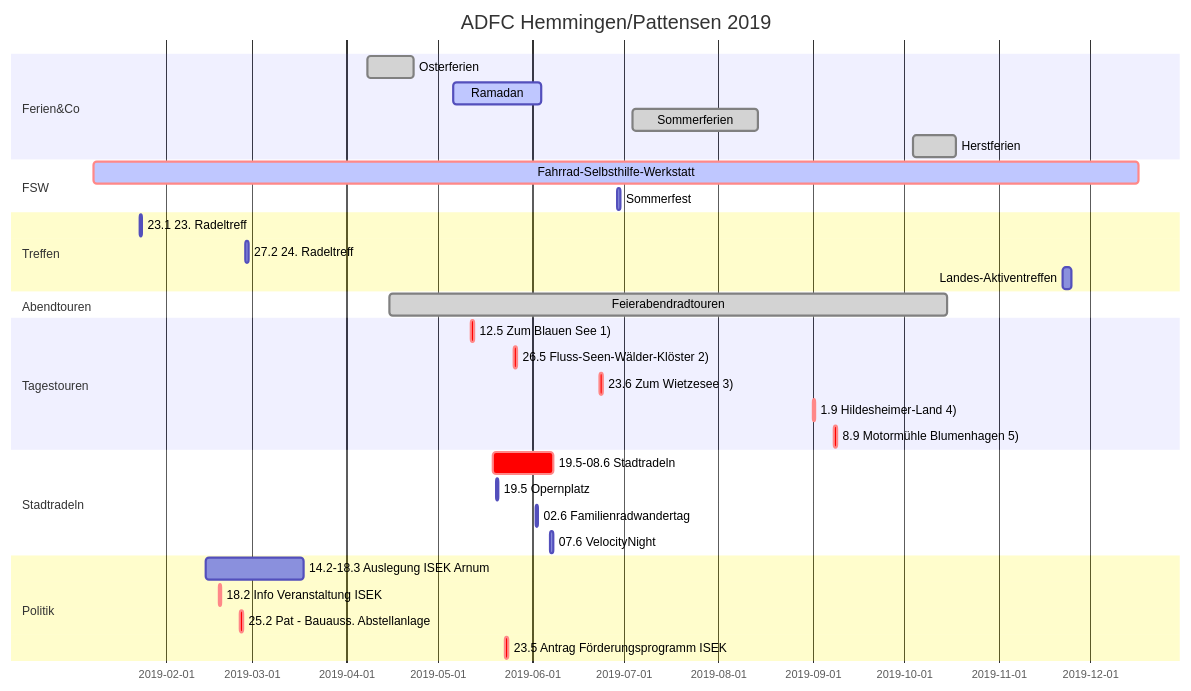
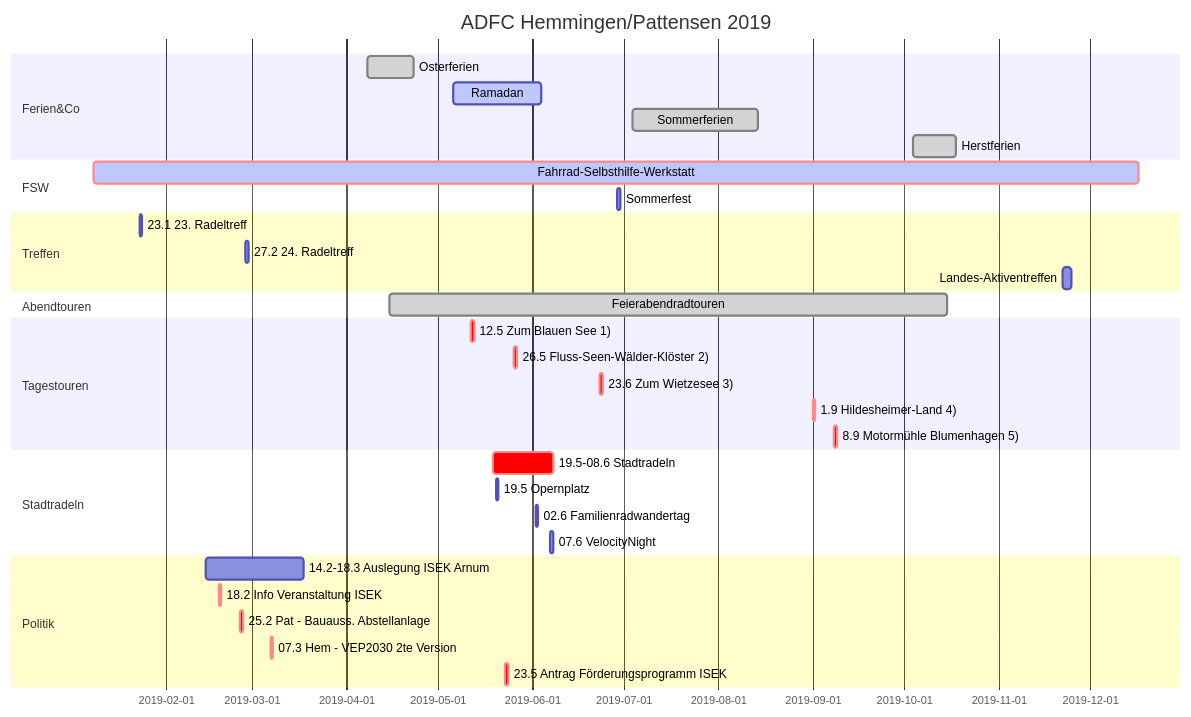
Before and after one commit to adfc-hemmingen-pattensen/adfc-hemmingen-pattensen.github.io: the diagram in index.md, drawn with Mermaid. The commit also changed other lines of this file and 2 other files, not shown here.

Commit message:
VEP2030 2te Version

````diff
--- a/index.md
+++ b/index.md
@@ -116,43 +86,44 @@
 ```mermaid
 gantt
   title ADFC Hemmingen/Pattensen 2019
   dateFormat  DD.MM.YY
 
 section Ferien&Co
   Osterferien :done,        08.04.19, 23.04.19
   Ramadan     :active,done, 06.05.19, 04.06.19
   Sommerferien:done,        04.07.19, 14.08.19
   Herstferien :done,        04.10.19, 18.10.19
 
 section FSW
   Fahrrad-Selbsthilfe-Werkstatt :crit,active, 08.01.19, 17.12.19
   Sommerfest                    : 29.06.19, 1d
 
 section Treffen
   23.1 23. Radeltreff  : 23.01.19, 1d
   27.2 24. Radeltreff : 27.02.19, 1d
   Landes-Aktiventreffen: 22.11.19, 3d
   
 section Abendtouren
   Feierabendradtouren        :done,       15.04.19, 15.10.19
 
 section Tagestouren
   12.5 Zum Blauen See 1)           :crit, 12.05.19,1d
   26.5 Fluss-Seen-Wälder-Klöster 2):crit, 26.05.19,1d
   23.6 Zum Wietzesee 3)            :crit, 23.06.19,1d
   1.9 Hildesheimer-Land 4)         :crit, 01.09.19,1d
   8.9 Motormühle Blumenhagen 5)    :crit, 08.09.19,1d
   
 
 section Stadtradeln
   19.5-08.6 Stadtradeln    : crit, 19.05.19, 08.06.19
   19.5 Opernplatz          :       20.05.19, 1d
   02.6 Familienradwandertag:       02.06.19, 1d
   07.6 VelocityNight       :       07.06.19, 1d
 
 section Politik
   14.2-18.3 Auslegung ISEK Arnum: 14.02.19, 18.03.19
   18.2 Info Veranstaltung ISEK  : crit, 18.02.19, 1d 
   25.2 Pat - Bauauss. Abstellanlage : crit, 25.02.19, 1d
+  07.3 Hem - VEP2030 2te Version : crit, 07.03.19, 1d
   23.5 Antrag Förderungsprogramm ISEK : crit, 23.05.19,1d 
 ```
````
